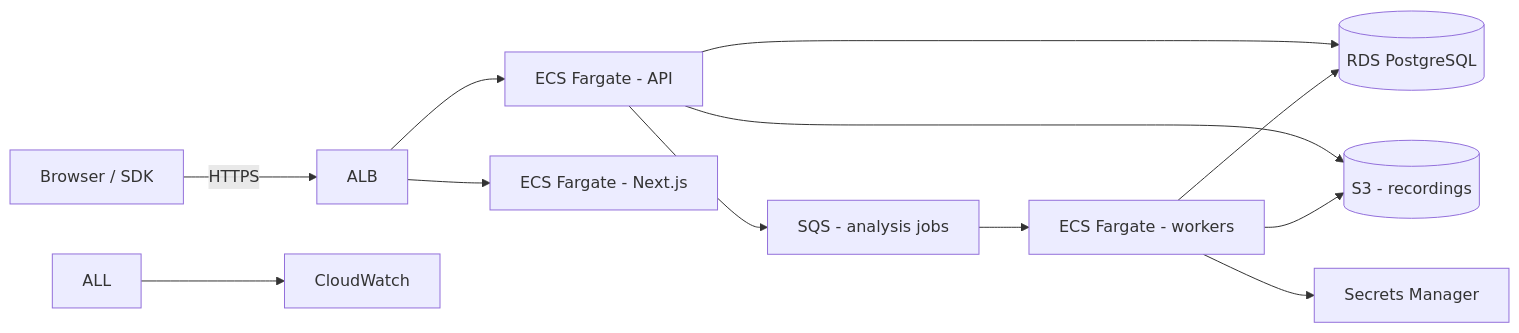
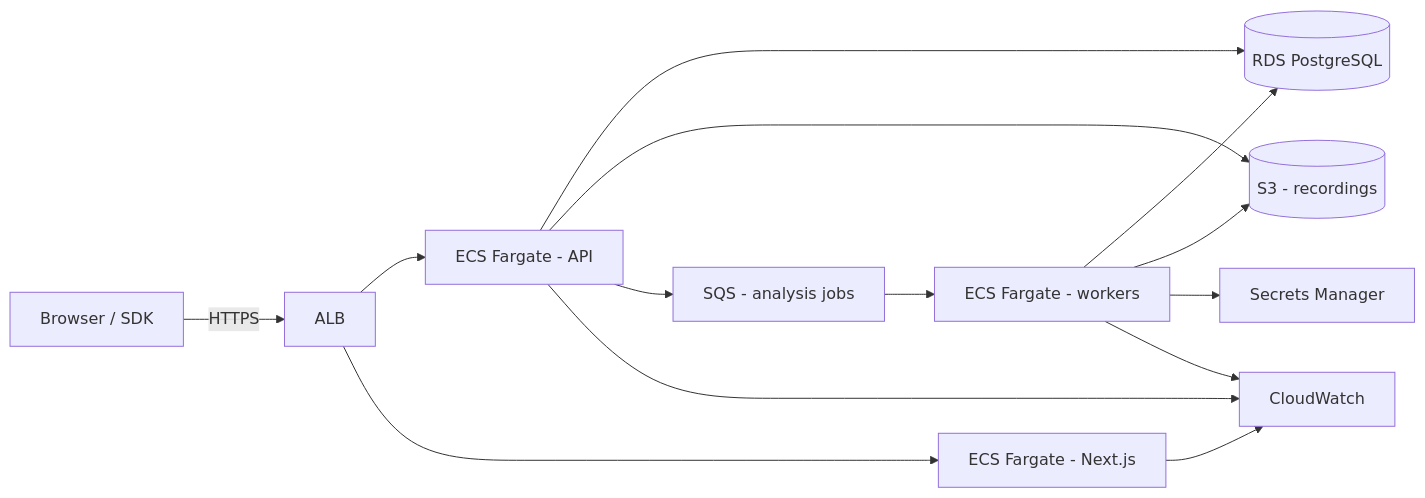
The diagram in infra/aws/README.md (yablokolabs/CallLens), drawn with Mermaid before and after one commit. The commit also changed 1 other file, not shown here.

Commit message:
Render architecture diagrams with Mermaid
Convert the pipeline diagram in docs/ARCHITECTURE.md from ASCII art to
a Mermaid flowchart so it renders on GitHub, and fix an undefined node
in the AWS reference topology diagram.

````diff
--- a/infra/aws/README.md
+++ b/infra/aws/README.md
@@ -8,14 +8,16 @@
 ```mermaid
 flowchart LR
     U[Browser / SDK] -->|HTTPS| ALB[ALB]
     ALB --> API[ECS Fargate - API]
     ALB --> WEB[ECS Fargate - Next.js]
     API --> RDS[(RDS PostgreSQL)]
     API --> S3[(S3 - recordings)]
     API --> SQS[SQS - analysis jobs]
     SQS --> W[ECS Fargate - workers]
     W --> RDS
     W --> S3
     W --> SSM[Secrets Manager]
-    ALL --> CW[CloudWatch]
+    API --> CW[CloudWatch]
+    WEB --> CW
+    W --> CW
 ```
````
